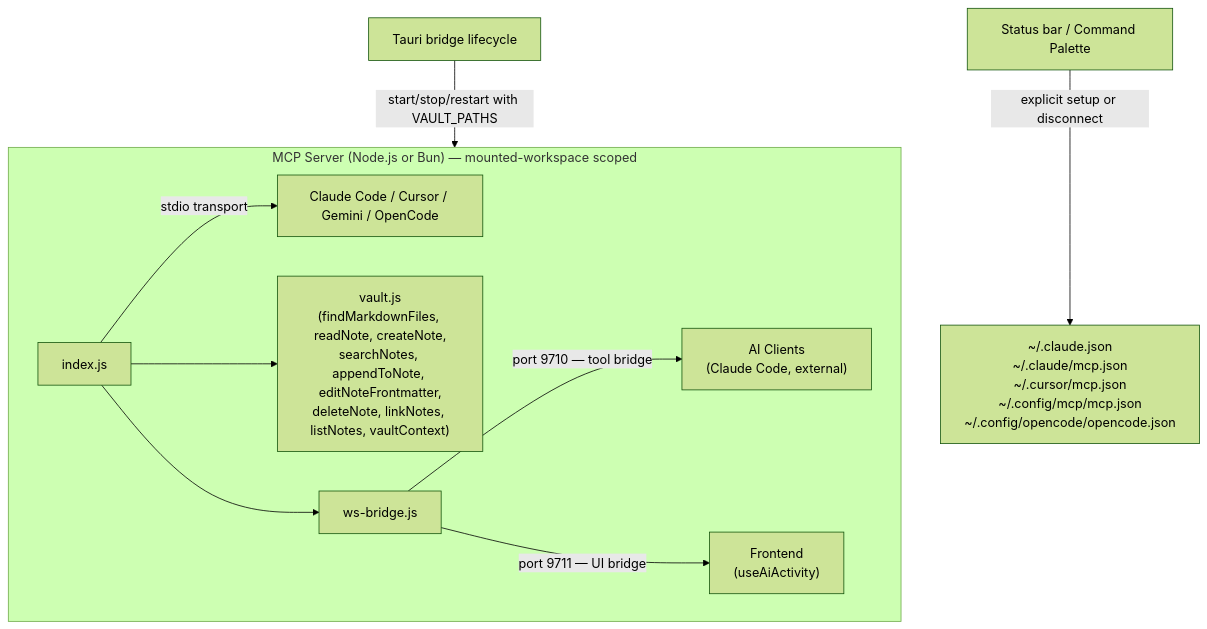
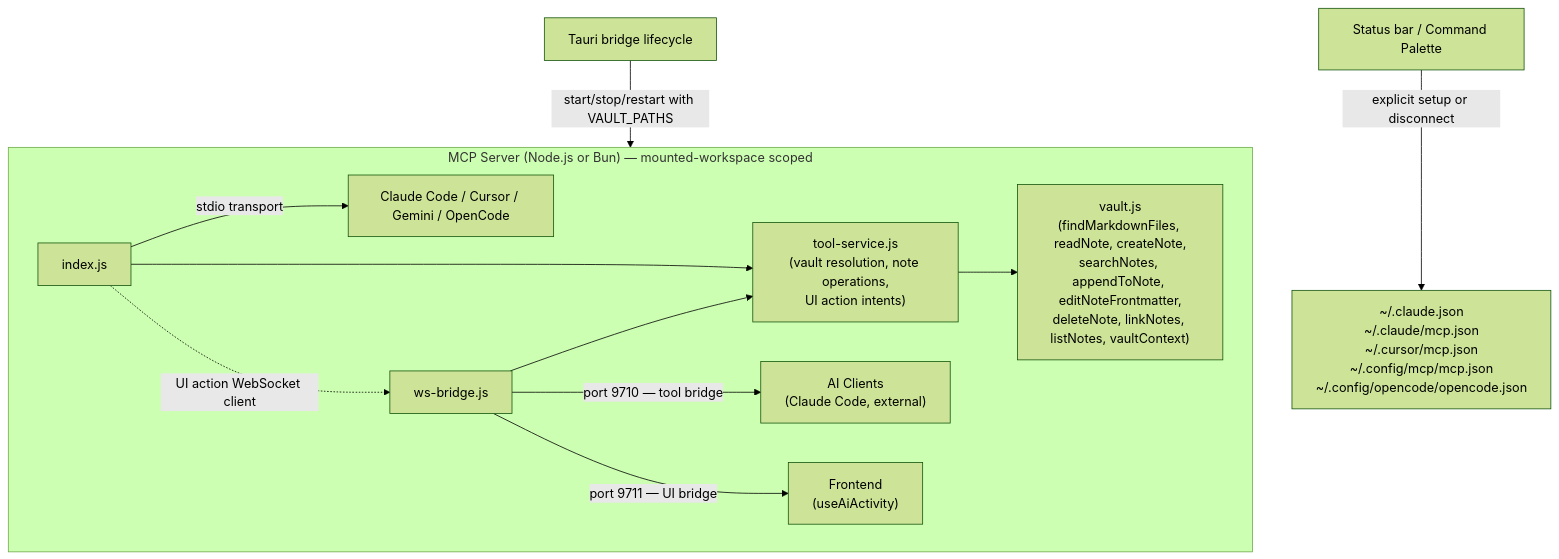
Before and after one commit to aimeritething/Fuwa: the fourth of 10 diagrams in docs/ARCHITECTURE.md, drawn with Mermaid (forest theme). The commit also changed other lines of this file and 7 other files, not shown here.

````diff
--- a/docs/ARCHITECTURE.md
+++ b/docs/ARCHITECTURE.md
@@ -398,17 +399,20 @@
 ```mermaid
 flowchart TD
     subgraph MCP["MCP Server (Node.js or Bun) — mounted-workspace scoped"]
         IDX["index.js"]
+        SVC["tool-service.js\n(vault resolution, note operations,\nUI action intents)"]
         VAULT["vault.js\n(findMarkdownFiles, readNote, createNote,\nsearchNotes, appendToNote, editNoteFrontmatter,\ndeleteNote, linkNotes, listNotes, vaultContext)"]
         WSB["ws-bridge.js"]
 
         IDX -->|"stdio transport"| STDIO["Claude Code / Cursor / Gemini / OpenCode"]
-        IDX --> VAULT
-        IDX --> WSB
+        IDX --> SVC
+        SVC --> VAULT
+        IDX -.->|"UI action WebSocket client"| WSB
+        WSB --> SVC
         WSB -->|"port 9710 — tool bridge"| AI["AI Clients\n(Claude Code, external)"]
         WSB -->|"port 9711 — UI bridge"| FE["Frontend\n(useAiActivity)"]
     end
 
     TAURI["Tauri bridge lifecycle"] -->|"start/stop/restart with VAULT_PATHS"| MCP
     UI["Status bar / Command Palette"] -->|"explicit setup or disconnect"| CFG["~/.claude.json\n~/.claude/mcp.json\n~/.cursor/mcp.json\n~/.config/mcp/mcp.json\n~/.config/opencode/opencode.json"]
 ```
````
